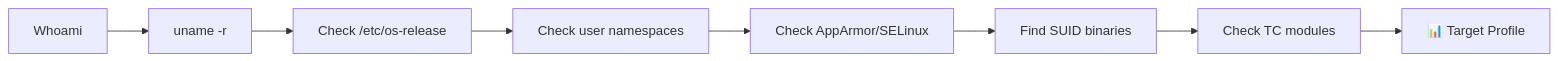
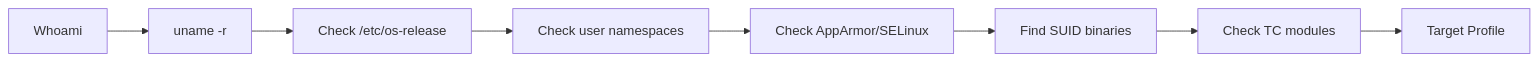
One commit to vulnquest58/vulnquest58.github.io changed the second of 13 diagrams in _posts/2026-06-27-CVE-2026-46331.md. Above: the diagram before and after it, drawn with Mermaid. The commit also changed other lines of this file, not shown here.

Commit message:
fix: correct all Mermaid syntax errors in CVE-2026-46331 post

````diff
--- a/_posts/2026-06-27-CVE-2026-46331.md
+++ b/_posts/2026-06-27-CVE-2026-46331.md
@@ -98,10 +98,10 @@
 ```mermaid
 graph LR
-    R1[Whoami] --> R2[uname -r]
-    R2 --> R3[Check /etc/os-release]
+    R1[Whoami] --> R2["uname -r"]
+    R2 --> R3["Check /etc/os-release"]
     R3 --> R4[Check user namespaces]
-    R4 --> R5[Check AppArmor/SELinux]
+    R4 --> R5["Check AppArmor/SELinux"]
     R5 --> R6[Find SUID binaries]
     R6 --> R7[Check TC modules]
-    R7 --> R8[📊 Target Profile]
+    R7 --> R8[Target Profile]
 ```
````
